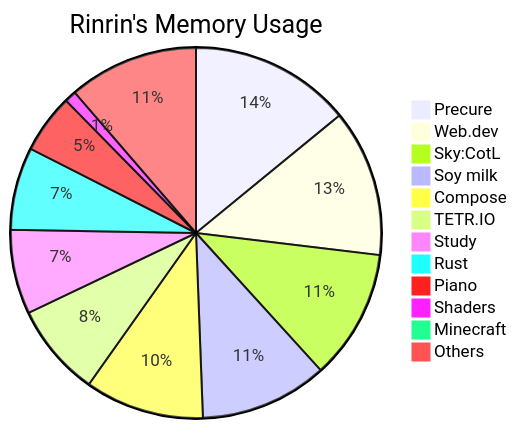
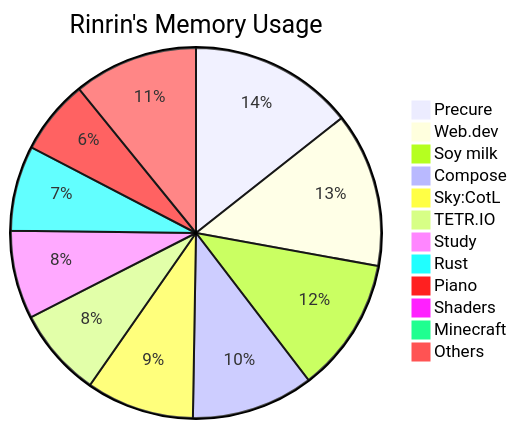
The diagram in README.md (Rinrin0413/Rinrin0413), drawn with Mermaid before and after one commit.

Commit message:
🛠 Update: Rinrin's Memory Usage

````diff
--- a/README.md
+++ b/README.md
@@ -76,15 +76,15 @@
 ```mermaid
 pie title Rinrin's Memory Usage
-    "Precure": 590
-    "Web.dev": 538
-    "Sky:CotL": 476
-    "Soy milk": 467
-    "Compose": 436
-    "TETR.IO": 340
-    "Study": 309
-    "Rust": 302
-    "Piano": 216
-    "Shaders": 43
-    "Minecraft": 39
-    "Others": 475
+    "Precure": 593
+    "Web.dev": 557
+    "Soy milk": 485
+    "Compose": 440
+    "Sky:CotL": 389
+    "TETR.IO": 322
+    "Study": 318
+    "Rust": 307
+    "Piano": 269
+    "Shaders": 40
+    "Minecraft": 36
+    "Others": 448
 ```
````
